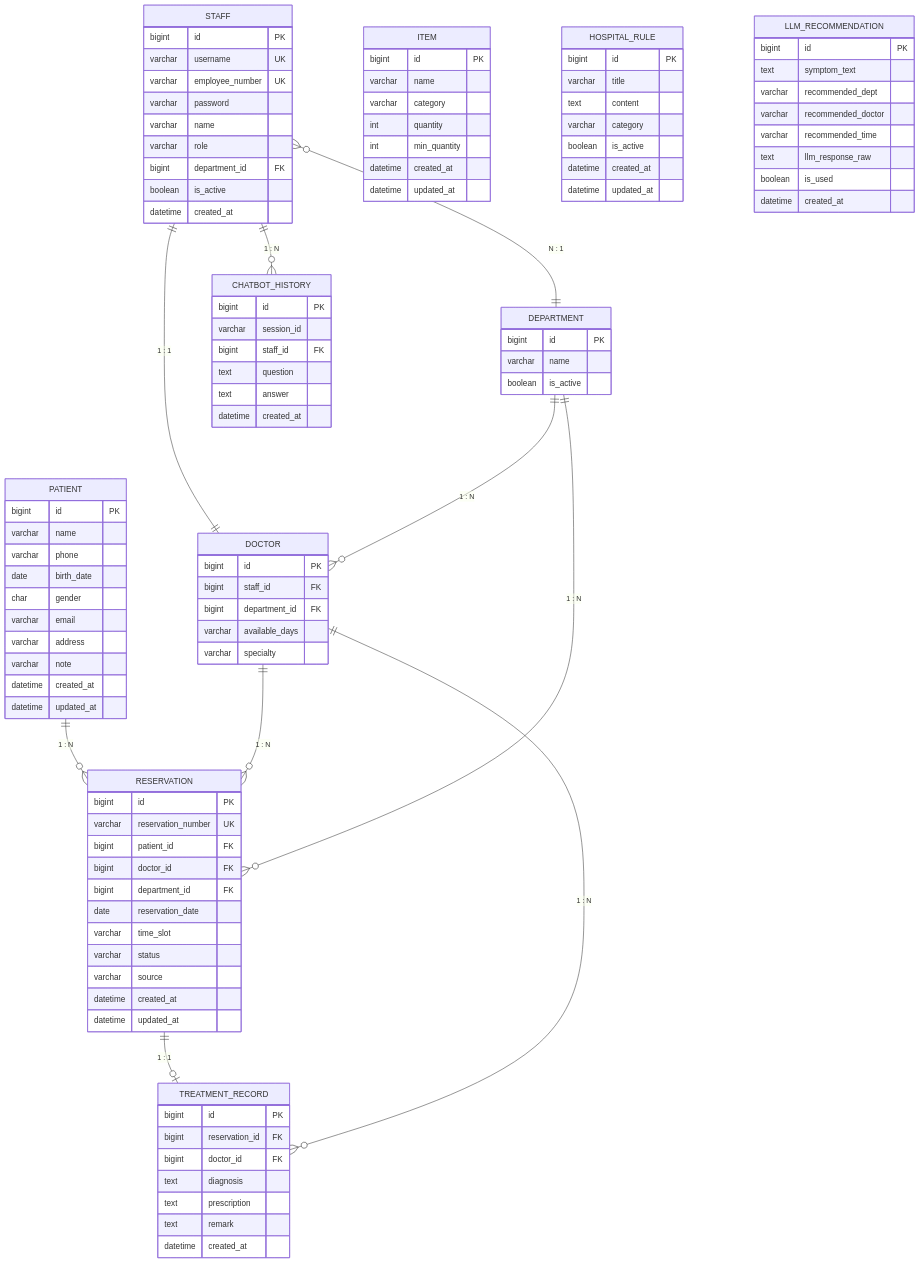
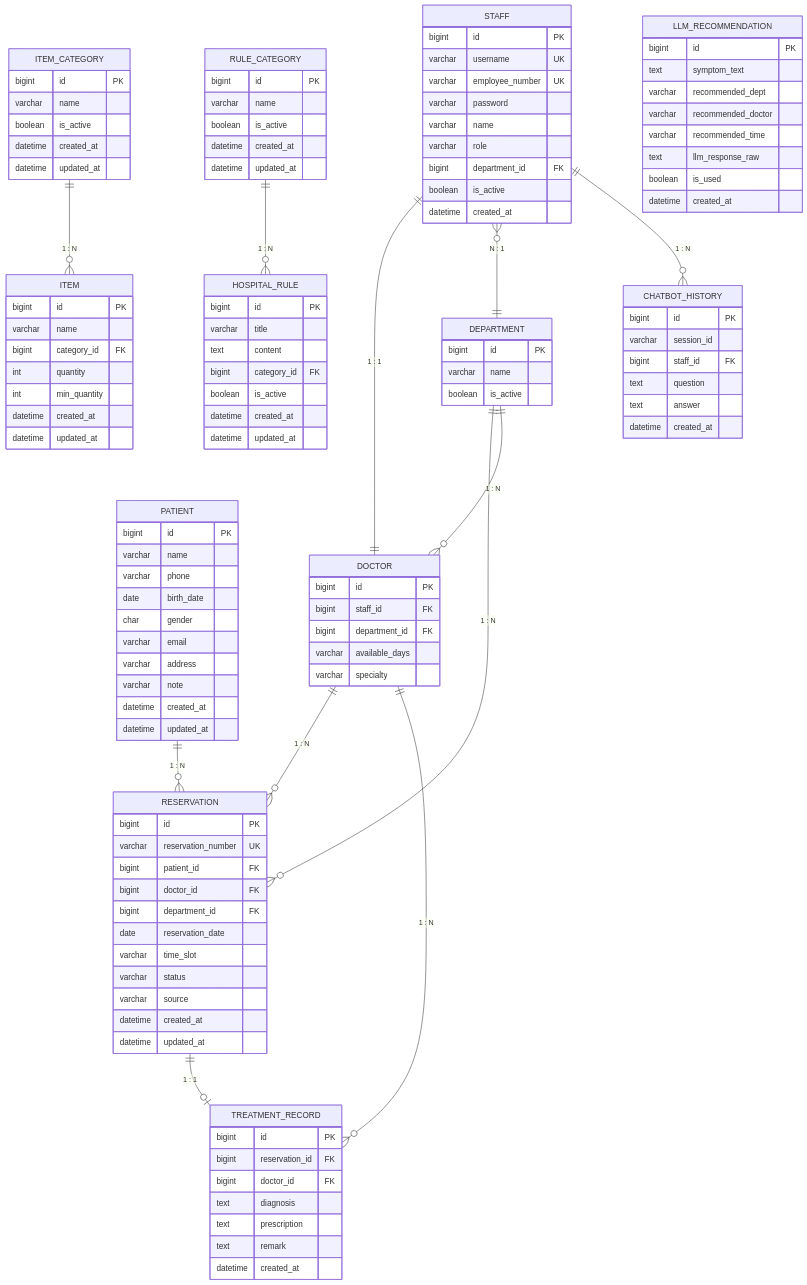
One commit to proejct-team-alpha/documents changed the first of 2 diagrams in 02_ERD_문서/🏥_병원_예약_&_내부_업무_시스템_—_ERD_문서_v4.md. Above: the diagram before and after it, drawn with Mermaid. The commit also changed other lines of this file and 3 other files, not shown here.

First line of the commit message:
문서 업데이트: ERD v4, API v5, 스토리보드, 99_etc 정리

````diff
--- a/02_ERD_문서/🏥_병원_예약_&_내부_업무_시스템_—_ERD_문서_v4.md
+++ b/02_ERD_문서/🏥_병원_예약_&_내부_업무_시스템_—_ERD_문서_v4.md
@@ -88,12 +88,28 @@
         datetime    created_at
     }
 
+    ITEM_CATEGORY {
+        bigint      id              PK
+        varchar     name
+        boolean     is_active
+        datetime    created_at
+        datetime    updated_at
+    }
+
     ITEM {
         bigint      id              PK
         varchar     name
-        varchar     category
+        bigint      category_id     FK
         int         quantity
         int         min_quantity
+        datetime    created_at
+        datetime    updated_at
+    }
+
+    RULE_CATEGORY {
+        bigint      id              PK
+        varchar     name
+        boolean     is_active
         datetime    created_at
         datetime    updated_at
     }
@@ -102,7 +118,7 @@
         bigint      id              PK
         varchar     title
         text        content
-        varchar     category
+        bigint      category_id     FK
         boolean     is_active
         datetime    created_at
         datetime    updated_at
@@ -136,5 +152,7 @@
     STAFF               ||--||    DOCTOR              : "1 : 1"
     STAFF               }o--||    DEPARTMENT          : "N : 1"
     DEPARTMENT          ||--o{    DOCTOR              : "1 : N"
+    ITEM_CATEGORY       ||--o{    ITEM                : "1 : N"
+    RULE_CATEGORY       ||--o{    HOSPITAL_RULE       : "1 : N"
     STAFF               ||--o{    CHATBOT_HISTORY     : "1 : N"
 ```
````
